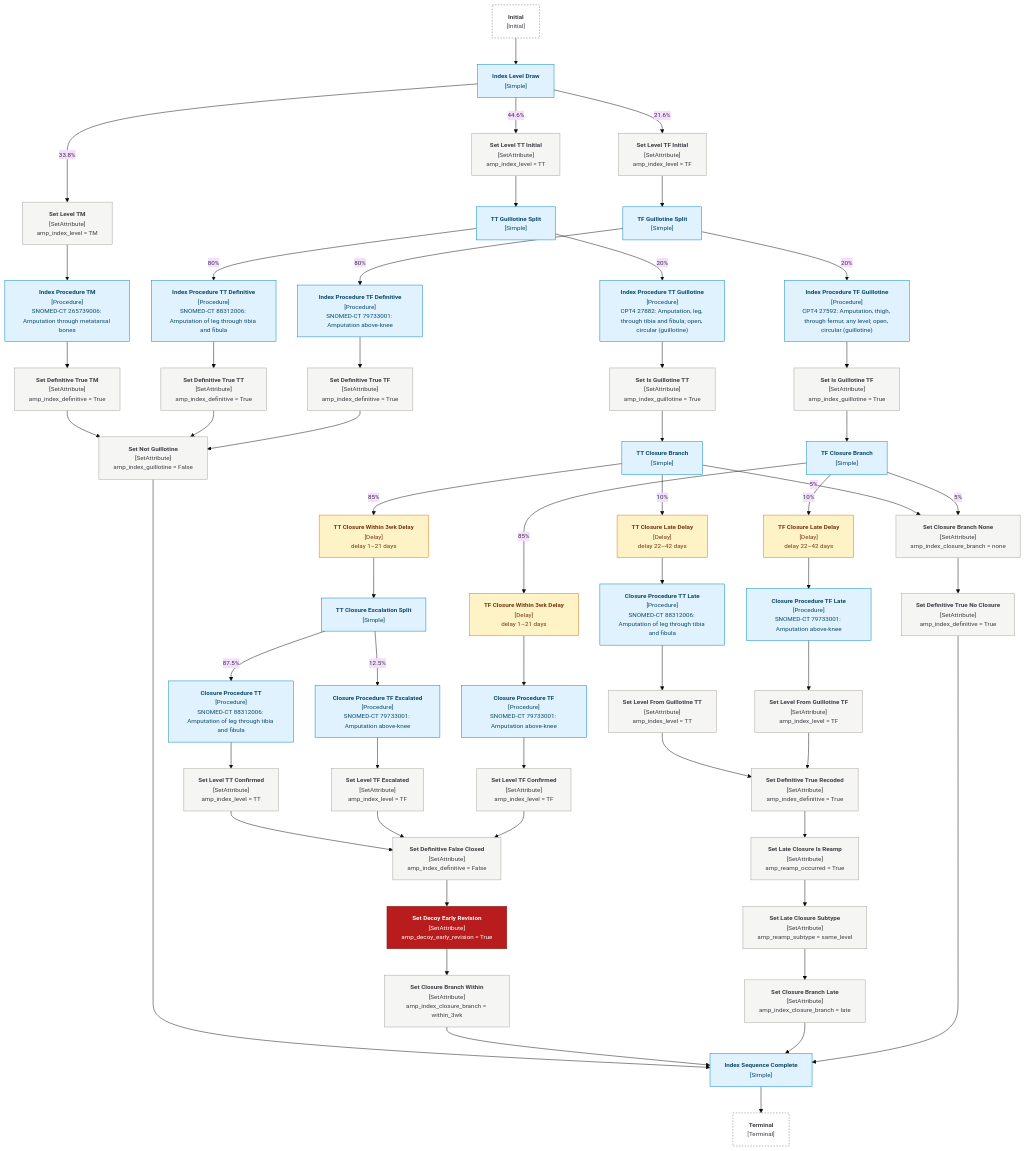
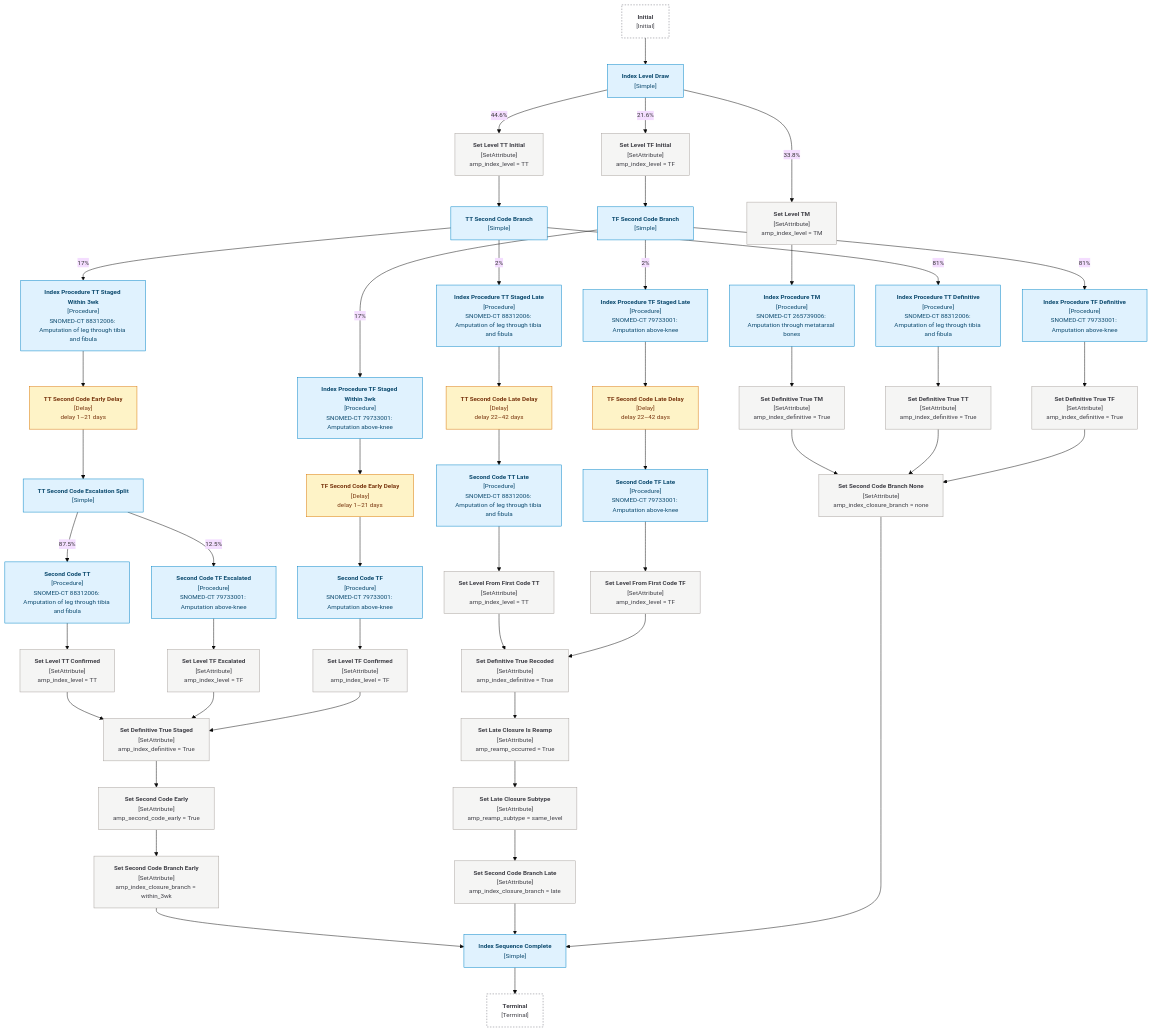
The diagram in synthea/modules/pad_amp_index_sequence.diagram.mmd (Duke-Vascular-Informatics/pad-amp-dispo-synth), drawn with Mermaid before and after one commit. The commit also changed 3 other files, not shown here.

```diff
--- a/synthea/modules/pad_amp_index_sequence.diagram.mmd
+++ b/synthea/modules/pad_amp_index_sequence.diagram.mmd
@@ -1,116 +1,105 @@
 %%{init: {'theme':'base','themeVariables':{'fontSize':'13px'},'flowchart':{'useMaxWidth':false,'htmlLabels':true,'nodeSpacing':45,'rankSpacing':55}} }%%
 flowchart TD
   n001["<b>Initial</b><br/>[Initial]"]
   n002["<b>Index Level Draw</b><br/>[Simple]"]
   n003["<b>Set Level TM</b><br/>[SetAttribute]<br/>amp_index_level = TM"]
   n004["<b>Index Procedure TM</b><br/>[Procedure]<br/>SNOMED-CT 265739006: Amputation through metatarsal bones"]
   n005["<b>Set Definitive True TM</b><br/>[SetAttribute]<br/>amp_index_definitive = True"]
   n006["<b>Set Level TT Initial</b><br/>[SetAttribute]<br/>amp_index_level = TT"]
-  n007["<b>TT Guillotine Split</b><br/>[Simple]"]
-  n008["<b>Index Procedure TT Definitive</b><br/>[Procedure]<br/>SNOMED-CT 88312006: Amputation of leg through tibia and fibula"]
-  n009["<b>Set Definitive True TT</b><br/>[SetAttribute]<br/>amp_index_definitive = True"]
-  n010["<b>Set Level TF Initial</b><br/>[SetAttribute]<br/>amp_index_level = TF"]
-  n011["<b>TF Guillotine Split</b><br/>[Simple]"]
-  n012["<b>Index Procedure TF Definitive</b><br/>[Procedure]<br/>SNOMED-CT 79733001: Amputation above-knee"]
-  n013["<b>Set Definitive True TF</b><br/>[SetAttribute]<br/>amp_index_definitive = True"]
-  n014["<b>Set Not Guillotine</b><br/>[SetAttribute]<br/>amp_index_guillotine = False"]
-  n015["<b>Index Procedure TT Guillotine</b><br/>[Procedure]<br/>CPT4 27882: Amputation, leg, through tibia and fibula; open, circular (guillotine)"]
-  n016["<b>Set Is Guillotine TT</b><br/>[SetAttribute]<br/>amp_index_guillotine = True"]
-  n017["<b>Index Procedure TF Guillotine</b><br/>[Procedure]<br/>CPT4 27592: Amputation, thigh, through femur, any level; open, circular (guillotine)"]
-  n018["<b>Set Is Guillotine TF</b><br/>[SetAttribute]<br/>amp_index_guillotine = True"]
-  n019["<b>TT Closure Branch</b><br/>[Simple]"]
-  n020["<b>TT Closure Within 3wk Delay</b><br/>[Delay]<br/>delay 1–21 days"]
-  n021["<b>TT Closure Escalation Split</b><br/>[Simple]"]
-  n022["<b>Closure Procedure TT</b><br/>[Procedure]<br/>SNOMED-CT 88312006: Amputation of leg through tibia and fibula"]
-  n023["<b>Set Level TT Confirmed</b><br/>[SetAttribute]<br/>amp_index_level = TT"]
-  n024["<b>Closure Procedure TF Escalated</b><br/>[Procedure]<br/>SNOMED-CT 79733001: Amputation above-knee"]
-  n025["<b>Set Level TF Escalated</b><br/>[SetAttribute]<br/>amp_index_level = TF"]
-  n026["<b>TF Closure Branch</b><br/>[Simple]"]
-  n027["<b>TF Closure Within 3wk Delay</b><br/>[Delay]<br/>delay 1–21 days"]
-  n028["<b>Closure Procedure TF</b><br/>[Procedure]<br/>SNOMED-CT 79733001: Amputation above-knee"]
-  n029["<b>Set Level TF Confirmed</b><br/>[SetAttribute]<br/>amp_index_level = TF"]
-  n030["<b>Set Definitive False Closed</b><br/>[SetAttribute]<br/>amp_index_definitive = False"]
-  n031["<b>Set Decoy Early Revision</b><br/>[SetAttribute]<br/>amp_decoy_early_revision = True"]
-  n032["<b>Set Closure Branch Within</b><br/>[SetAttribute]<br/>amp_index_closure_branch = within_3wk"]
-  n033["<b>TT Closure Late Delay</b><br/>[Delay]<br/>delay 22–42 days"]
-  n034["<b>Closure Procedure TT Late</b><br/>[Procedure]<br/>SNOMED-CT 88312006: Amputation of leg through tibia and fibula"]
-  n035["<b>Set Level From Guillotine TT</b><br/>[SetAttribute]<br/>amp_index_level = TT"]
-  n036["<b>TF Closure Late Delay</b><br/>[Delay]<br/>delay 22–42 days"]
-  n037["<b>Closure Procedure TF Late</b><br/>[Procedure]<br/>SNOMED-CT 79733001: Amputation above-knee"]
-  n038["<b>Set Level From Guillotine TF</b><br/>[SetAttribute]<br/>amp_index_level = TF"]
-  n039["<b>Set Definitive True Recoded</b><br/>[SetAttribute]<br/>amp_index_definitive = True"]
-  n040["<b>Set Late Closure Is Reamp</b><br/>[SetAttribute]<br/>amp_reamp_occurred = True"]
-  n041["<b>Set Late Closure Subtype</b><br/>[SetAttribute]<br/>amp_reamp_subtype = same_level"]
-  n042["<b>Set Closure Branch Late</b><br/>[SetAttribute]<br/>amp_index_closure_branch = late"]
-  n043["<b>Set Closure Branch None</b><br/>[SetAttribute]<br/>amp_index_closure_branch = none"]
-  n044["<b>Set Definitive True No Closure</b><br/>[SetAttribute]<br/>amp_index_definitive = True"]
-  n045["<b>Index Sequence Complete</b><br/>[Simple]"]
-  n046["<b>Terminal</b><br/>[Terminal]"]
+  n007["<b>Index Procedure TT Definitive</b><br/>[Procedure]<br/>SNOMED-CT 88312006: Amputation of leg through tibia and fibula"]
+  n008["<b>Set Definitive True TT</b><br/>[SetAttribute]<br/>amp_index_definitive = True"]
+  n009["<b>Set Level TF Initial</b><br/>[SetAttribute]<br/>amp_index_level = TF"]
+  n010["<b>Index Procedure TF Definitive</b><br/>[Procedure]<br/>SNOMED-CT 79733001: Amputation above-knee"]
+  n011["<b>Set Definitive True TF</b><br/>[SetAttribute]<br/>amp_index_definitive = True"]
+  n012["<b>Set Level TT Confirmed</b><br/>[SetAttribute]<br/>amp_index_level = TT"]
+  n013["<b>Set Level TF Escalated</b><br/>[SetAttribute]<br/>amp_index_level = TF"]
+  n014["<b>Set Level TF Confirmed</b><br/>[SetAttribute]<br/>amp_index_level = TF"]
+  n015["<b>Set Level From First Code TT</b><br/>[SetAttribute]<br/>amp_index_level = TT"]
+  n016["<b>Set Level From First Code TF</b><br/>[SetAttribute]<br/>amp_index_level = TF"]
+  n017["<b>Set Definitive True Recoded</b><br/>[SetAttribute]<br/>amp_index_definitive = True"]
+  n018["<b>Set Late Closure Is Reamp</b><br/>[SetAttribute]<br/>amp_reamp_occurred = True"]
+  n019["<b>Set Late Closure Subtype</b><br/>[SetAttribute]<br/>amp_reamp_subtype = same_level"]
+  n020["<b>Index Sequence Complete</b><br/>[Simple]"]
+  n021["<b>Terminal</b><br/>[Terminal]"]
+  n022["<b>Index Procedure TT Staged Within 3wk</b><br/>[Procedure]<br/>SNOMED-CT 88312006: Amputation of leg through tibia and fibula"]
+  n023["<b>Index Procedure TT Staged Late</b><br/>[Procedure]<br/>SNOMED-CT 88312006: Amputation of leg through tibia and fibula"]
+  n024["<b>Index Procedure TF Staged Within 3wk</b><br/>[Procedure]<br/>SNOMED-CT 79733001: Amputation above-knee"]
+  n025["<b>Index Procedure TF Staged Late</b><br/>[Procedure]<br/>SNOMED-CT 79733001: Amputation above-knee"]
+  n026["<b>Set Second Code Early</b><br/>[SetAttribute]<br/>amp_second_code_early = True"]
+  n027["<b>TT Second Code Branch</b><br/>[Simple]"]
+  n028["<b>TF Second Code Branch</b><br/>[Simple]"]
+  n029["<b>TT Second Code Early Delay</b><br/>[Delay]<br/>delay 1–21 days"]
+  n030["<b>TF Second Code Early Delay</b><br/>[Delay]<br/>delay 1–21 days"]
+  n031["<b>TT Second Code Late Delay</b><br/>[Delay]<br/>delay 22–42 days"]
+  n032["<b>TF Second Code Late Delay</b><br/>[Delay]<br/>delay 22–42 days"]
+  n033["<b>TT Second Code Escalation Split</b><br/>[Simple]"]
+  n034["<b>Second Code TT</b><br/>[Procedure]<br/>SNOMED-CT 88312006: Amputation of leg through tibia and fibula"]
+  n035["<b>Second Code TF</b><br/>[Procedure]<br/>SNOMED-CT 79733001: Amputation above-knee"]
+  n036["<b>Second Code TF Escalated</b><br/>[Procedure]<br/>SNOMED-CT 79733001: Amputation above-knee"]
+  n037["<b>Second Code TT Late</b><br/>[Procedure]<br/>SNOMED-CT 88312006: Amputation of leg through tibia and fibula"]
+  n038["<b>Second Code TF Late</b><br/>[Procedure]<br/>SNOMED-CT 79733001: Amputation above-knee"]
+  n039["<b>Set Definitive True Staged</b><br/>[SetAttribute]<br/>amp_index_definitive = True"]
+  n040["<b>Set Second Code Branch Early</b><br/>[SetAttribute]<br/>amp_index_closure_branch = within_3wk"]
+  n041["<b>Set Second Code Branch Late</b><br/>[SetAttribute]<br/>amp_index_closure_branch = late"]
+  n042["<b>Set Second Code Branch None</b><br/>[SetAttribute]<br/>amp_index_closure_branch = none"]
   n001 --> n002
   n002 -- 33.8% --> n003
   n002 -- 44.6% --> n006
-  n002 -- 21.6% --> n010
+  n002 -- 21.6% --> n009
   n003 --> n004
   n004 --> n005
-  n005 --> n014
-  n006 --> n007
-  n007 -- 20% --> n015
-  n007 -- 80% --> n008
-  n008 --> n009
-  n009 --> n014
+  n005 --> n042
+  n006 --> n027
+  n007 --> n008
+  n008 --> n042
+  n009 --> n028
   n010 --> n011
-  n011 -- 20% --> n017
-  n011 -- 80% --> n012
-  n012 --> n013
-  n013 --> n014
-  n014 --> n045
-  n015 --> n016
-  n016 --> n019
+  n011 --> n042
+  n012 --> n039
+  n013 --> n039
+  n014 --> n039
+  n015 --> n017
+  n016 --> n017
   n017 --> n018
-  n018 --> n026
-  n019 -- 85% --> n020
-  n019 -- 10% --> n033
-  n019 -- 5% --> n043
+  n018 --> n019
+  n019 --> n041
   n020 --> n021
-  n021 -- 87.5% --> n022
-  n021 -- 12.5% --> n024
-  n022 --> n023
-  n023 --> n030
-  n024 --> n025
-  n025 --> n030
-  n026 -- 85% --> n027
-  n026 -- 10% --> n036
-  n026 -- 5% --> n043
-  n027 --> n028
-  n028 --> n029
-  n029 --> n030
-  n030 --> n031
-  n031 --> n032
-  n032 --> n045
-  n033 --> n034
-  n034 --> n035
-  n035 --> n039
-  n036 --> n037
-  n037 --> n038
-  n038 --> n039
-  n039 --> n040
-  n040 --> n041
-  n041 --> n042
-  n042 --> n045
-  n043 --> n044
-  n044 --> n045
-  n045 --> n046
+  n022 --> n029
+  n023 --> n031
+  n024 --> n030
+  n025 --> n032
+  n026 --> n040
+  n027 -- 17% --> n022
+  n027 -- 2% --> n023
+  n027 -- 81% --> n007
+  n028 -- 17% --> n024
+  n028 -- 2% --> n025
+  n028 -- 81% --> n010
+  n029 --> n033
+  n030 --> n035
+  n031 --> n037
+  n032 --> n038
+  n033 -- 87.5% --> n034
+  n033 -- 12.5% --> n036
+  n034 --> n012
+  n035 --> n014
+  n036 --> n013
+  n037 --> n015
+  n038 --> n016
+  n039 --> n026
+  n040 --> n020
+  n041 --> n020
+  n042 --> n020
   classDef published fill:#1d4ed8,stroke:#1e3a8a,color:#fff,stroke-width:2px
   classDef signal fill:#047857,stroke:#065f46,color:#fff
   classDef decoy fill:#b91c1c,stroke:#7f1d1d,color:#fff
   classDef death fill:#3f3f46,stroke:#18181b,color:#fff
   classDef attr fill:#f5f5f4,stroke:#a8a29e,color:#3f3f46
   classDef delay fill:#fef3c7,stroke:#d97706,color:#78350f
   classDef guard fill:#7c3aed,stroke:#5b21b6,color:#fff
   classDef logic fill:#e0f2fe,stroke:#0284c7,color:#0c4a6e
   classDef terminalish fill:#fff,stroke:#71717a,color:#3f3f46,stroke-dasharray:3 3
-  class n001,n046 terminalish
-  class n002,n004,n007,n008,n011,n012,n015,n017,n019,n021,n022,n024,n026,n028,n034,n037,n045 logic
-  class n003,n005,n006,n009,n010,n013,n014,n016,n018,n023,n025,n029,n030,n032,n035,n038,n039,n040,n041,n042,n043,n044 attr
-  class n020,n027,n033,n036 delay
-  class n031 decoy
+  class n001,n021 terminalish
+  class n002,n004,n007,n010,n020,n022,n023,n024,n025,n027,n028,n033,n034,n035,n036,n037,n038 logic
+  class n003,n005,n006,n008,n009,n011,n012,n013,n014,n015,n016,n017,n018,n019,n026,n039,n040,n041,n042 attr
+  class n029,n030,n031,n032 delay
```
